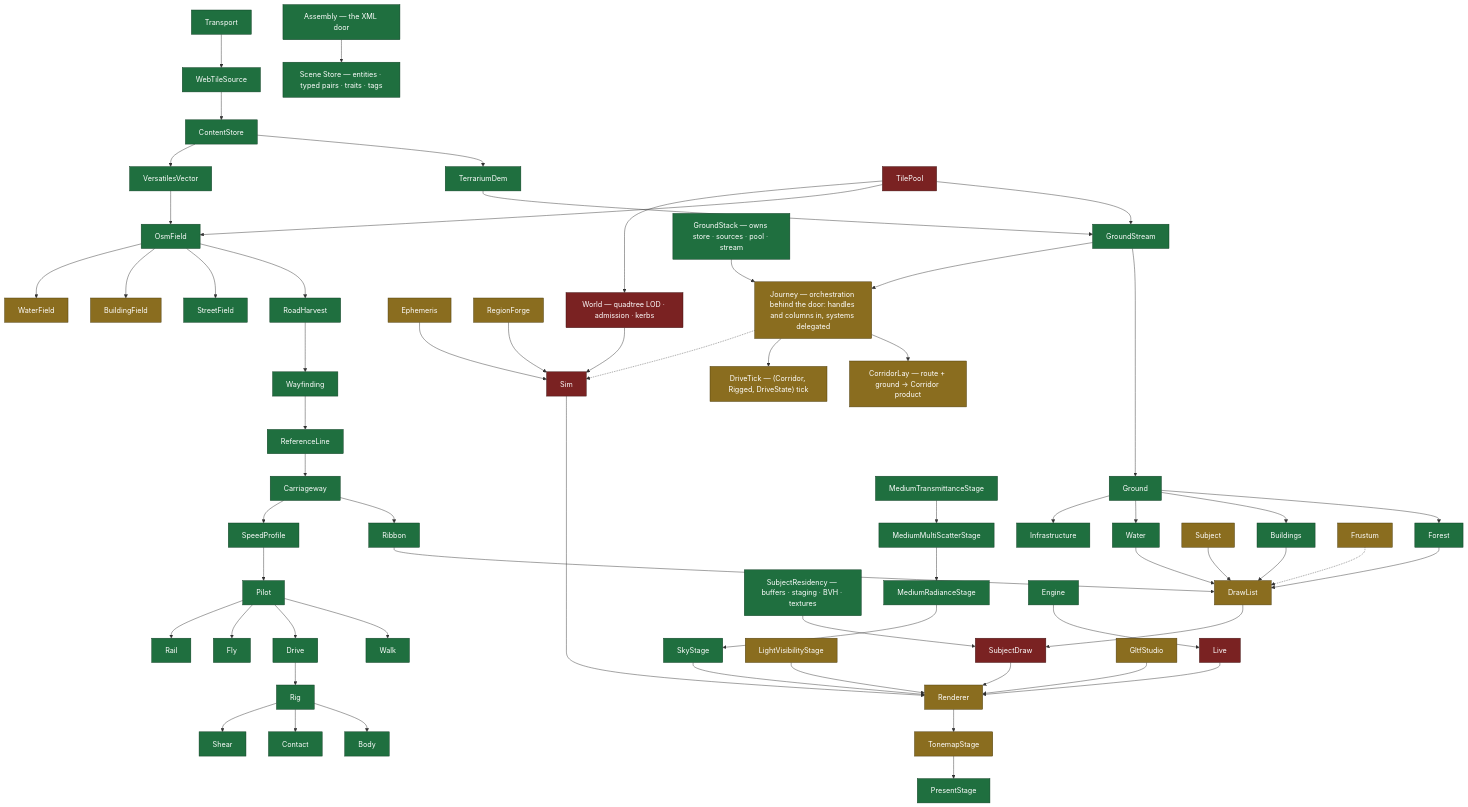
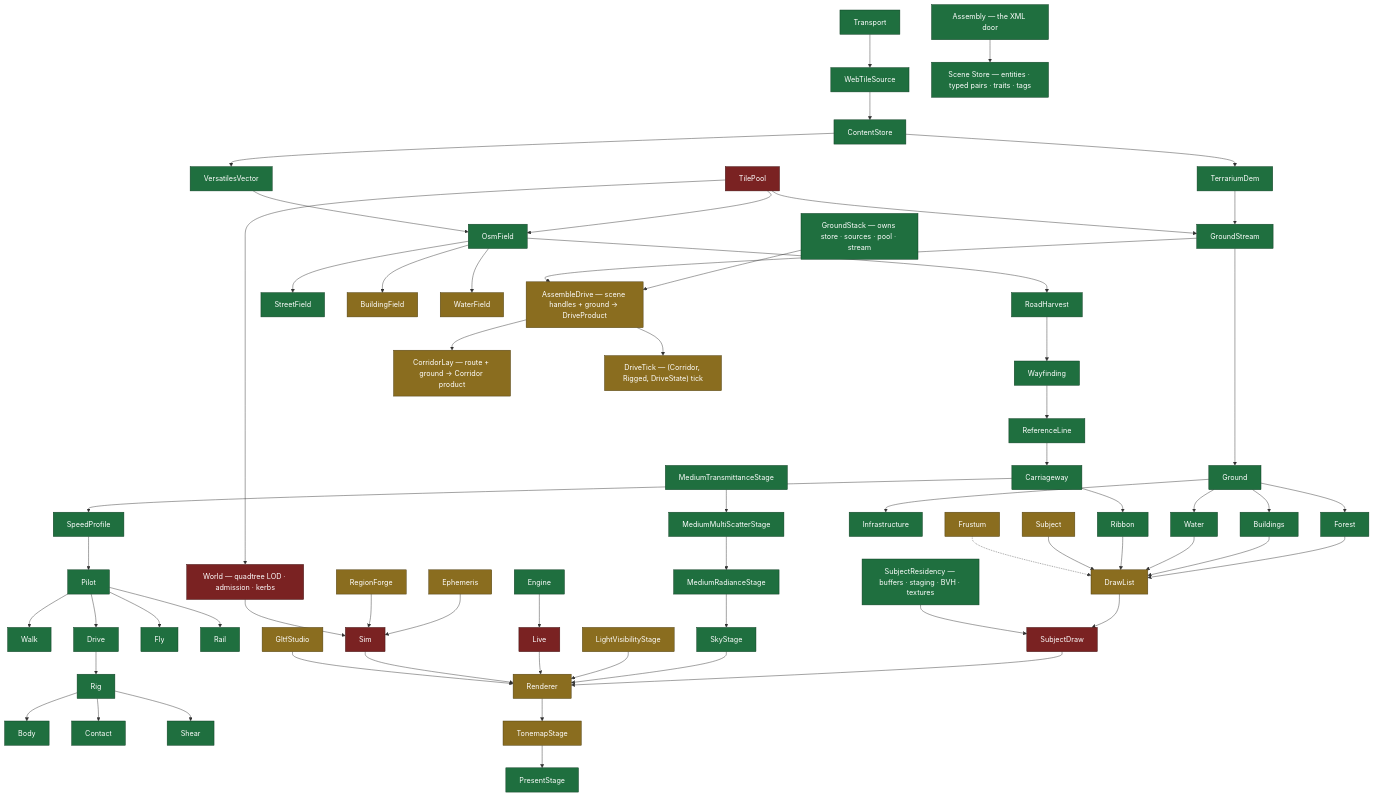
One commit to Weichwolf/outshine changed the sixth of 11 diagrams in CLAUDE.md. Above: the diagram before and after it, drawn with Mermaid. The commit also changed other lines of this file and 6 other files, not shown here.

First line of the commit message:
board:1581 move 2e slice 3 -- Journey is dead, and no orchestration class remains on the drive

````diff
--- a/CLAUDE.md
+++ b/CLAUDE.md
@@ -185,39 +185,38 @@
 ```mermaid
 flowchart TD
   Transport --> WebTileSource --> ContentStore --> TerrariumDem & VersatilesVector
   TerrariumDem --> GroundStream
   TilePool --> GroundStream & OsmField
   VersatilesVector --> OsmField --> RoadHarvest --> Wayfinding
   OsmField --> StreetField & BuildingField & WaterField
   GroundStream --> Ground --> Forest & Buildings & Water & Infrastructure
   Wayfinding --> ReferenceLine --> Carriageway --> Ribbon
   Carriageway --> SpeedProfile --> Pilot --> Walk & Drive & Fly & Rail
   Drive --> Rig --> Body
   Rig --> Contact & Shear
   Forest & Buildings & Water & Ribbon & Subject --> DrawList
   DrawList --> SubjectDraw --> Renderer
   SubjectResidency["SubjectResidency — buffers · staging · BVH · textures"] --> SubjectDraw
   MediumTransmittanceStage --> MediumMultiScatterStage --> MediumRadianceStage --> SkyStage --> Renderer
   LightVisibilityStage --> Renderer --> TonemapStage --> PresentStage
   Live --> Renderer
   Ephemeris & RegionForge --> Sim --> Renderer
   Frustum -.-> DrawList
   TilePool --> World["World — quadtree LOD · admission · kerbs"] --> Sim
-  GroundStack["GroundStack — owns store · sources · pool · stream"] --> Journey["Journey — orchestration behind the door: handles and columns in, systems delegated"]
-  GroundStream --> Journey
-  Journey --> CorridorLay["CorridorLay — route + ground → Corridor product"]
-  Journey --> DriveTick["DriveTick — (Corridor, Rigged, DriveState) tick"]
-  Journey -.-> Sim
+  GroundStack["GroundStack — owns store · sources · pool · stream"] --> DriveAssembly["AssembleDrive — scene handles + ground → DriveProduct"]
+  GroundStream --> DriveAssembly
+  DriveAssembly --> CorridorLay["CorridorLay — route + ground → Corridor product"]
+  DriveAssembly --> DriveTick["DriveTick — (Corridor, Rigged, DriveState) tick"]
   Engine --> Live
   GltfStudio --> Renderer
   Assembly["Assembly — the XML door"] --> SceneStore["Scene Store — entities · typed pairs · traits · tags"]
 
   classDef sound fill:#1f6f3f,stroke:#0d3b21,color:#fff
   classDef unsure fill:#8a6d1f,stroke:#4a3a0d,color:#fff
   classDef wrong fill:#7a2222,stroke:#3d1111,color:#fff
   class Transport,WebTileSource,ContentStore,TerrariumDem,VersatilesVector,GroundStream,OsmField,RoadHarvest,Wayfinding,StreetField,Ground,Forest,Buildings,Water,Infrastructure,ReferenceLine,Carriageway,Ribbon,SpeedProfile,Pilot,Walk,Drive,Fly,Rail,Rig,Body,Contact,Shear,MediumTransmittanceStage,MediumMultiScatterStage,MediumRadianceStage,SkyStage,PresentStage,Engine,SceneStore,Assembly,SubjectResidency sound
   class BuildingField,WaterField,Subject,DrawList,Renderer,TonemapStage,LightVisibilityStage,Frustum,Ephemeris,RegionForge,GltfStudio unsure
   class TilePool,World,SubjectDraw,Sim,Live wrong
-  class Journey,CorridorLay,DriveTick unsure
+  class DriveAssembly,CorridorLay,DriveTick unsure
   class GroundStack sound
 ```
````
